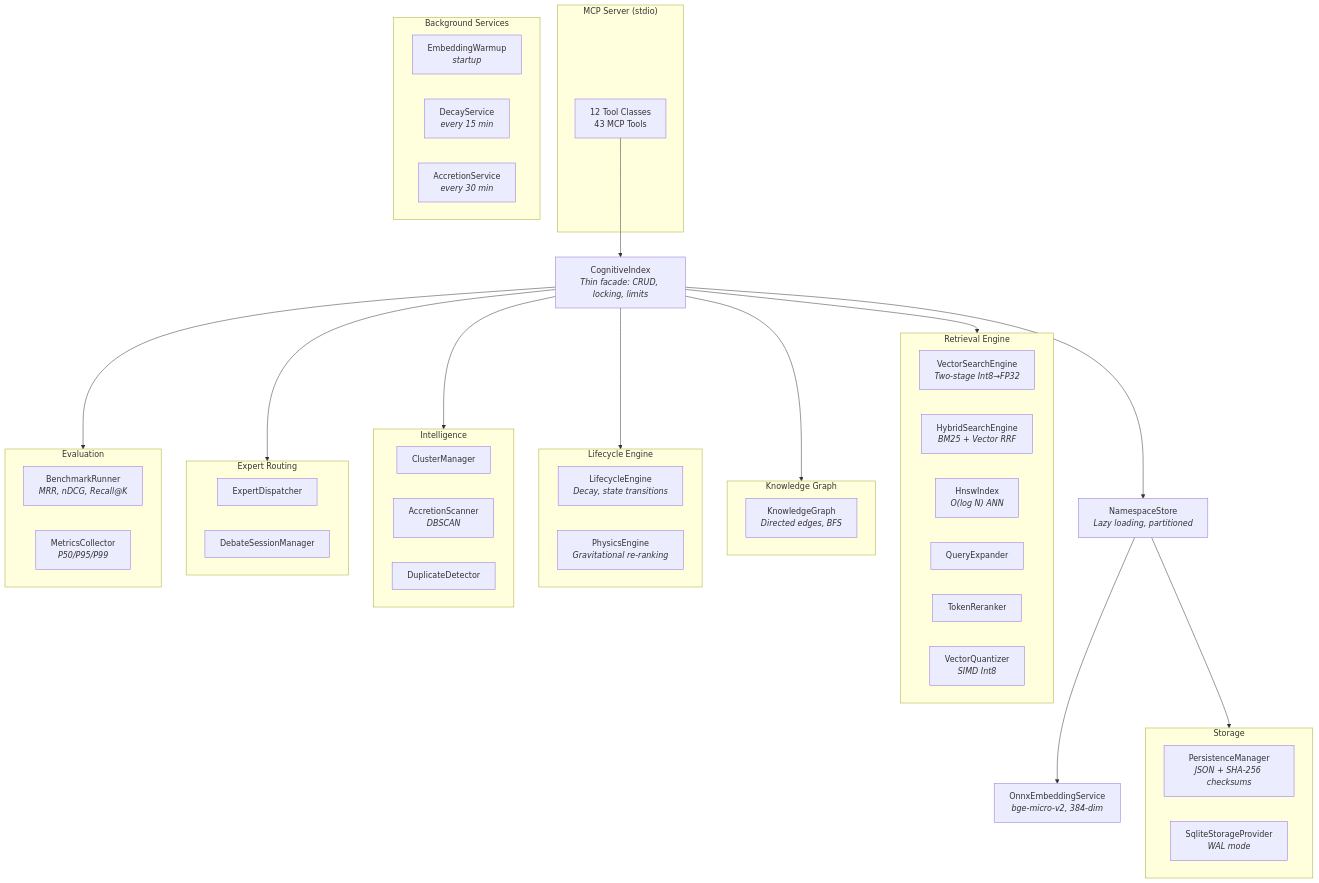
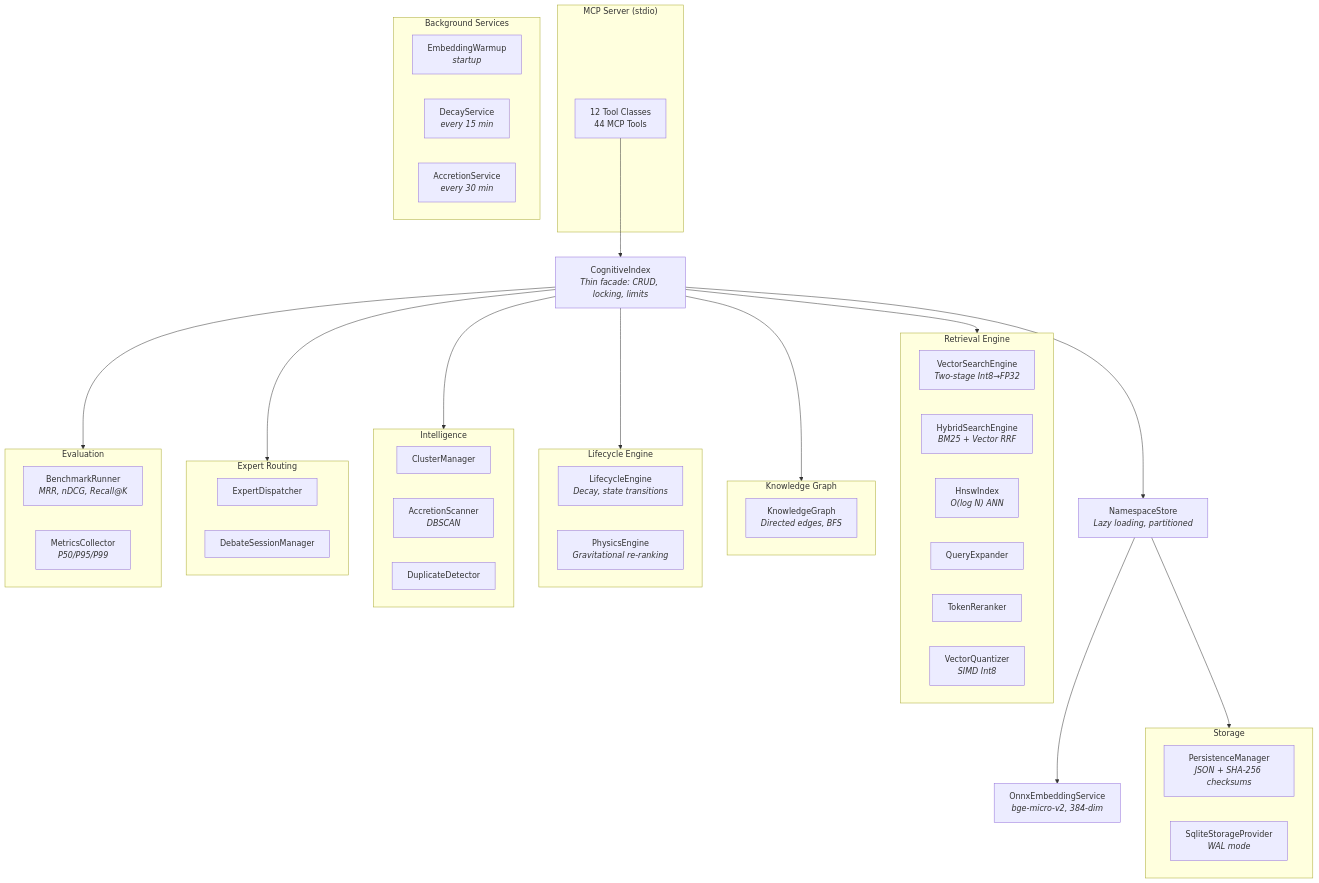
One commit to wyckit/mcp-vector-memory changed the diagram in README.md. Above: the diagram before and after it, drawn with Mermaid. The commit also changed other lines of this file and 2 other files, not shown here.

Commit message:
Fix stale docs: tool count 43→44, version refs 0.5.0→0.5.1, add link_to_parent docs

````diff
--- a/README.md
+++ b/README.md
@@ -59,65 +59,65 @@
 ```mermaid
 graph TD
     subgraph MCP["MCP Server (stdio)"]
-        Tools["12 Tool Classes<br/>43 MCP Tools"]
+        Tools["12 Tool Classes<br/>44 MCP Tools"]
     end
 
     Tools --> CI["CognitiveIndex<br/><i>Thin facade: CRUD, locking, limits</i>"]
 
     CI --> RE["Retrieval"]
     CI --> GR["Graph"]
     CI --> LC["Lifecycle"]
     CI --> IN["Intelligence"]
     CI --> EX["Experts"]
     CI --> EV["Evaluation"]
 
     subgraph RE["Retrieval Engine"]
         VS["VectorSearchEngine<br/><i>Two-stage Int8→FP32</i>"]
         HS["HybridSearchEngine<br/><i>BM25 + Vector RRF</i>"]
         HW["HnswIndex<br/><i>O(log N) ANN</i>"]
         QE["QueryExpander"]
         TR["TokenReranker"]
         VQ["VectorQuantizer<br/><i>SIMD Int8</i>"]
     end
 
     subgraph GR["Knowledge Graph"]
         KG["KnowledgeGraph<br/><i>Directed edges, BFS</i>"]
     end
 
     subgraph LC["Lifecycle Engine"]
         LE["LifecycleEngine<br/><i>Decay, state transitions</i>"]
         PE["PhysicsEngine<br/><i>Gravitational re-ranking</i>"]
     end
 
     subgraph IN["Intelligence"]
         CM["ClusterManager"]
         AS["AccretionScanner<br/><i>DBSCAN</i>"]
         DD["DuplicateDetector"]
     end
 
     subgraph EX["Expert Routing"]
         ED["ExpertDispatcher"]
         DM["DebateSessionManager"]
     end
 
     subgraph EV["Evaluation"]
         BR["BenchmarkRunner<br/><i>MRR, nDCG, Recall@K</i>"]
         MC["MetricsCollector<br/><i>P50/P95/P99</i>"]
     end
 
     CI --> NS["NamespaceStore<br/><i>Lazy loading, partitioned</i>"]
     NS --> SP["Storage Provider"]
 
     subgraph SP["Storage"]
         PM["PersistenceManager<br/><i>JSON + SHA-256 checksums</i>"]
         SQ["SqliteStorageProvider<br/><i>WAL mode</i>"]
     end
 
     NS --> EMB["OnnxEmbeddingService<br/><i>bge-micro-v2, 384-dim</i>"]
 
     subgraph BG["Background Services"]
         BG1["EmbeddingWarmup<br/><i>startup</i>"]
         BG2["DecayService<br/><i>every 15 min</i>"]
         BG3["AccretionService<br/><i>every 30 min</i>"]
     end
 ```
````
